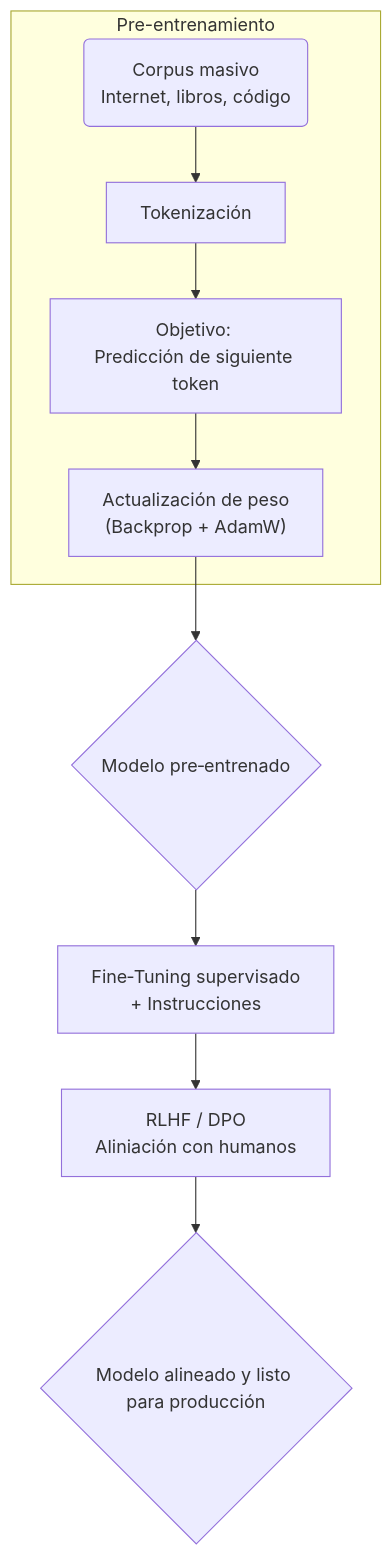
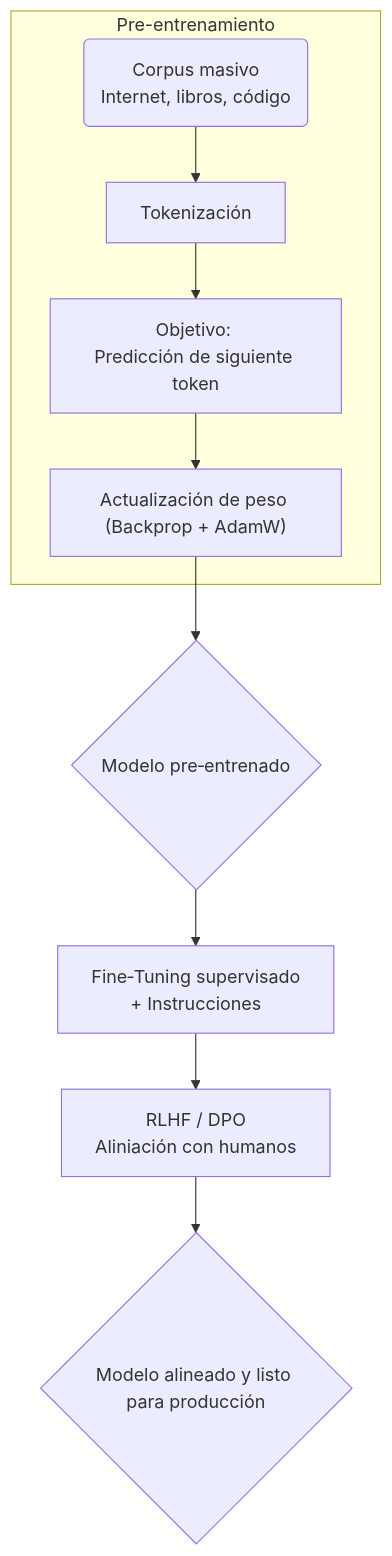
The third of 5 diagrams in docs/llms.md (infosails/clase-bk), drawn with Mermaid before and after one commit.

````diff
--- a/docs/llms.md
+++ b/docs/llms.md
@@ -76,12 +76,12 @@
 ```mermaid
 flowchart TD
   subgraph Pre-entrenamiento
     A1(Corpus masivo\nInternet, libros, código) --> A2[Tokenización]
     A2 --> A3[Objetivo: \nPredicción de siguiente token]
-    A3 --> A4["Actualización de peso\n(Backprop + AdamW)"]
+    A3 --> A4["Actualización de peso (Backprop + AdamW)"]
   end
   A4 --> B1{Modelo pre‑entrenado}
   B1 --> C1[Fine‑Tuning supervisado\n+ Instrucciones]
   C1 --> C2[RLHF / DPO\nAliniación con humanos]
   C2 --> D1{Modelo alineado y listo para producción}
 ```
````
